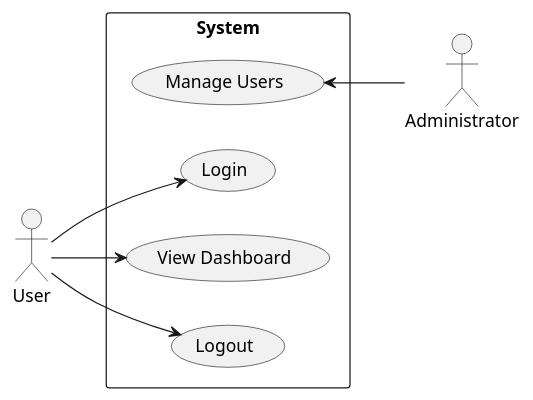
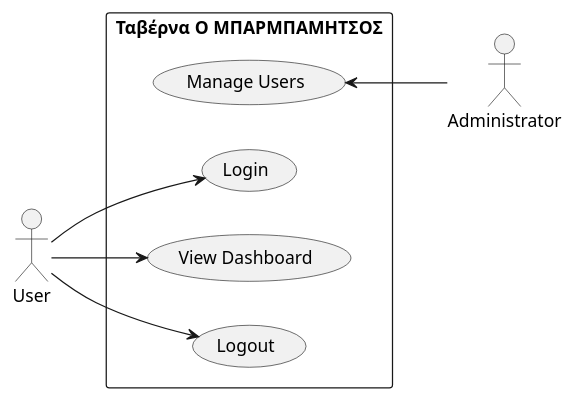
The diagram in use-case.puml (softwareDesign24/collaborateUML-ucd), drawn with PlantUML before and after one commit.

```diff
--- a/use-case.puml
+++ b/use-case.puml
@@ -1,20 +1,20 @@
 @startuml
 
 left to right direction
 
 actor "User" as usr
 actor "Administrator" as admin
 
-rectangle System {
+rectangle "Ταβέρνα Ο ΜΠΑΡΜΠΑΜΗΤΣΟΣ" {
   usecase "Login" as UC1
   usecase "View Dashboard" as UC2
   usecase "Logout" as UC3
   usecase "Manage Users" as UC4
 }
 
 usr --> UC1
 usr --> UC2
 usr --> UC3
 admin -up-> UC4
 
 @enduml
```
